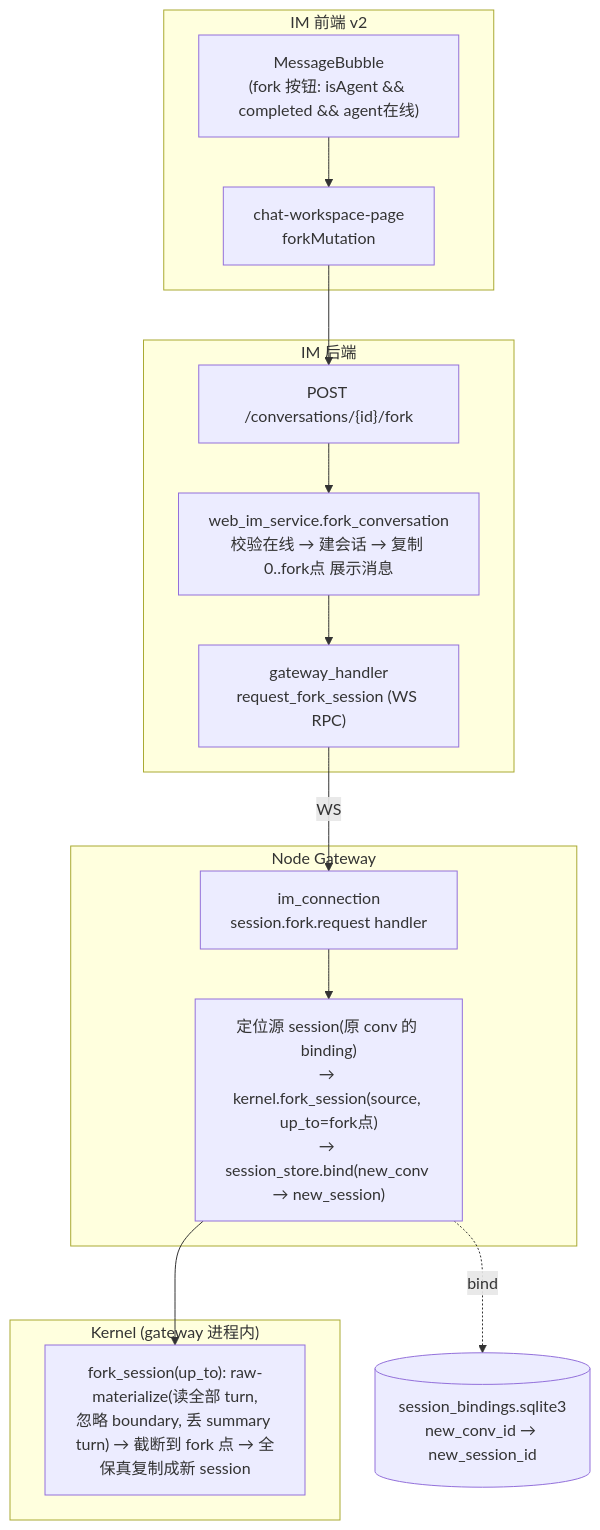
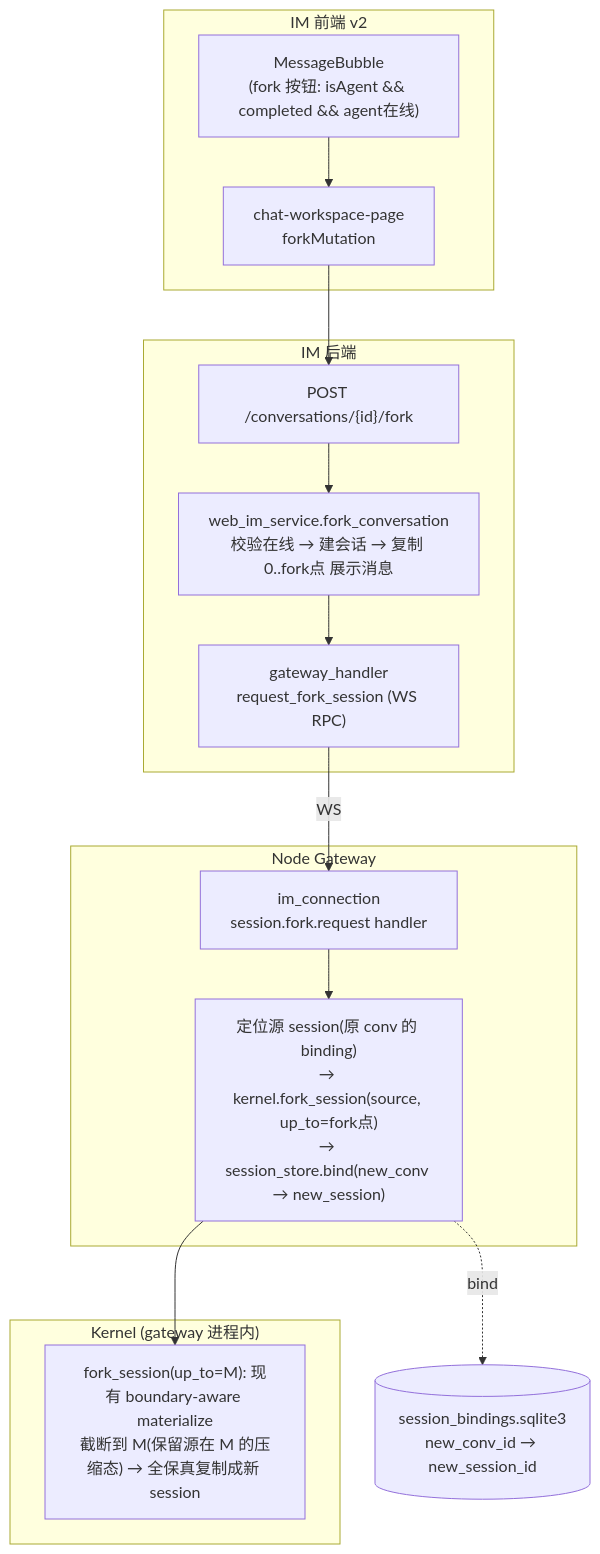
The first of 2 diagrams in docs/changes/feat-445-message-fork-branch/design.md (Mrchen116/nano-multiagent), drawn with Mermaid before and after one commit. The commit also changed other lines of this file and 2 other files, not shown here.

First line of the commit message:
docs(feat-445): 翻转 fork 语义为「分支≡源在 fork 点的快照」，撤销 v2.3 无损方向

````diff
--- a/docs/changes/feat-445-message-fork-branch/design.md
+++ b/docs/changes/feat-445-message-fork-branch/design.md
@@ -68,21 +68,21 @@
 ```mermaid
 graph TB
   subgraph FE[IM 前端 v2]
     BUBBLE["MessageBubble<br/>(fork 按钮: isAgent && completed && agent在线)"]
     WS["chat-workspace-page<br/>forkMutation"]
   end
   subgraph IM[IM 后端]
     ROUTE["POST /conversations/{id}/fork"]
     SVC["web_im_service.fork_conversation<br/>校验在线 → 建会话 → 复制 0..fork点 展示消息"]
     GH["gateway_handler<br/>request_fork_session (WS RPC)"]
   end
   subgraph GW[Node Gateway]
     CONN["im_connection<br/>session.fork.request handler"]
     FORK["定位源 session(原 conv 的 binding)<br/>→ kernel.fork_session(source, up_to=fork点)<br/>→ session_store.bind(new_conv → new_session)"]
   end
   subgraph K["Kernel (gateway 进程内)"]
-    KAPI["fork_session(up_to): raw-materialize(读全部 turn,<br/>忽略 boundary, 丢 summary turn) → 截断到 fork 点 → 全保真复制成新 session"]
+    KAPI["fork_session(up_to=M): 现有 boundary-aware materialize<br/>截断到 M(保留源在 M 的压缩态) → 全保真复制成新 session"]
   end
   BUBBLE --> WS --> ROUTE --> SVC --> GH -->|WS| CONN --> FORK --> KAPI
   FORK -.bind.-> BIND[("session_bindings.sqlite3<br/>new_conv_id → new_session_id")]
 ```
````
